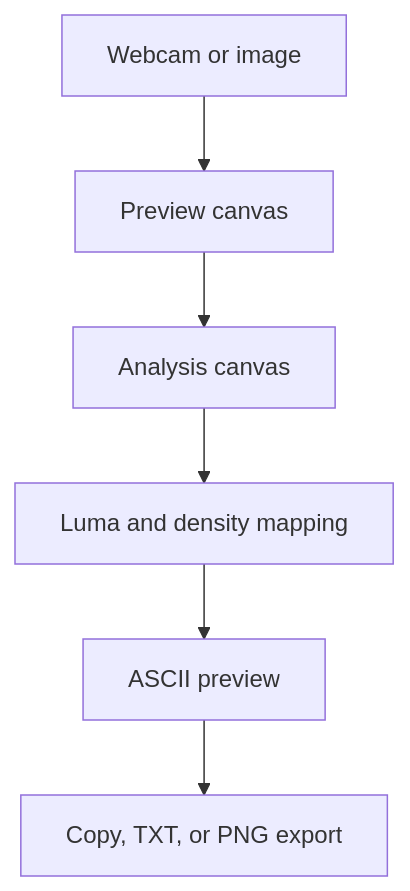
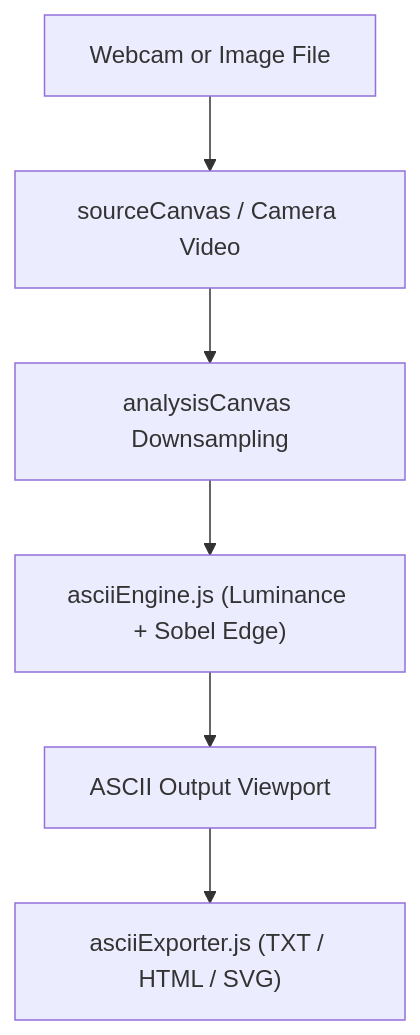
Before and after one commit to Anubhutisharma-07/cradle: the diagram in projects/misc/ascii-camera/ARCHITECTURE.md, drawn with Mermaid. The commit also changed other lines of this file and 7 other files, not shown here.

Commit message:
feat(ascii-camera): add modular ASCII rendering engine, multi-format exporter, and test suite

````diff
--- a/projects/misc/ascii-camera/ARCHITECTURE.md
+++ b/projects/misc/ascii-camera/ARCHITECTURE.md
@@ -38,8 +27,8 @@
 ```mermaid
 flowchart TD
-  A["Webcam or image"] --> B["Preview canvas"]
-  B --> C["Analysis canvas"]
-  C --> D["Luma and density mapping"]
-  D --> E["ASCII preview"]
-  E --> F["Copy, TXT, or PNG export"]
+  A["Webcam or Image File"] --> B["sourceCanvas / Camera Video"]
+  B --> C["analysisCanvas Downsampling"]
+  C --> D["asciiEngine.js (Luminance + Sobel Edge)"]
+  D --> E["ASCII Output Viewport"]
+  E --> F["asciiExporter.js (TXT / HTML / SVG)"]
 ```
````
